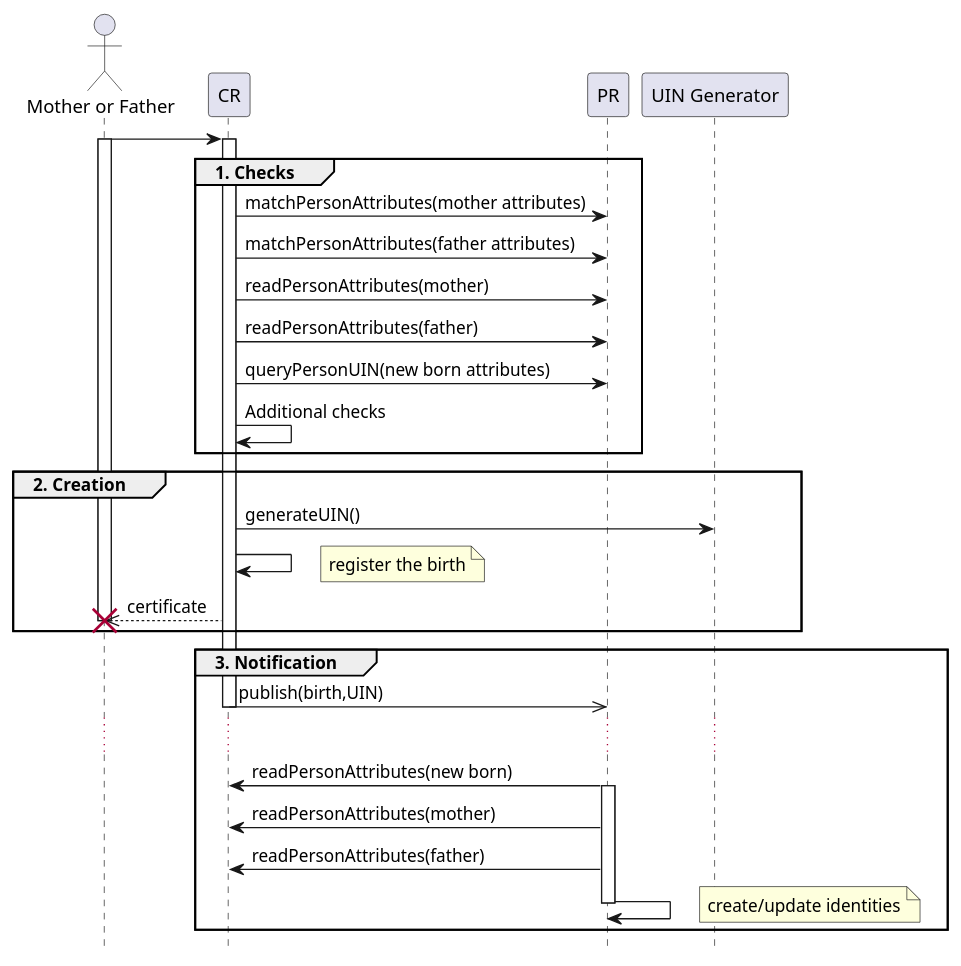
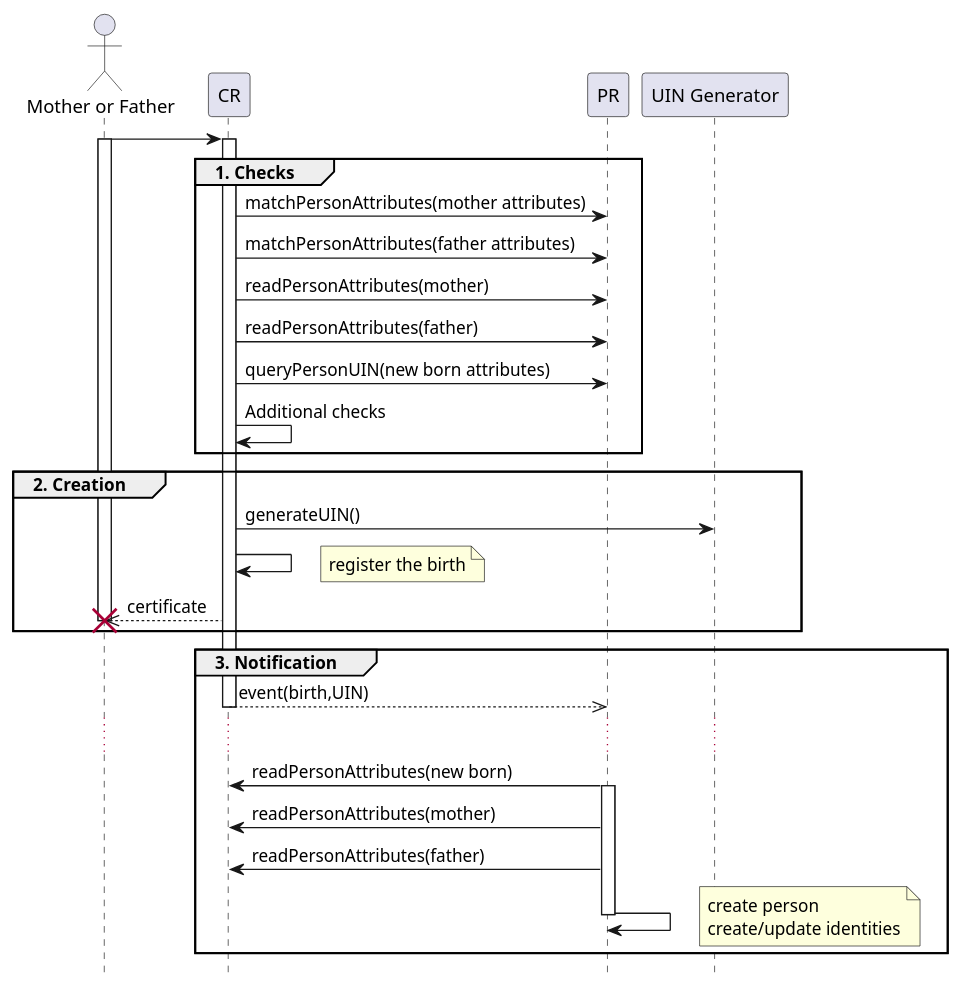
One commit to SecureIdentityAlliance/osia changed the first of 10 diagrams in src/doc/02 - functional.rst. Above: the diagram before and after it, drawn with PlantUML. The commit also changed other lines of this file, not shown here.

Commit message:
Clarify use cases for birth, death, and credentials issuance

```diff
--- a/src/doc/02 - functional.rst
+++ b/src/doc/02 - functional.rst
@@ -245,46 +249,49 @@
 .. uml::
     :caption: Birth Use Case
     :scale: 50%
 
     hide footbox
     actor "Mother or Father" as parent
     participant "CR" as CR
     participant "PR" as PR
     participant "UIN Generator" as UINGen
     
     parent -> CR
     activate parent
     activate CR
     
     group 1. Checks
         CR -> PR: matchPersonAttributes(mother attributes)
         CR -> PR: matchPersonAttributes(father attributes)
         CR -> PR: readPersonAttributes(mother)
         CR -> PR: readPersonAttributes(father)
         CR -> PR: queryPersonUIN(new born attributes)
         CR -> CR: Additional checks
     end
     
     group 2. Creation
         CR -> UINGen: generateUIN()
         CR -> CR
         note right: register the birth
 
         CR -->> parent: certificate
         destroy parent
     end
     
     group 3. Notification
-        CR ->> PR: publish(birth,UIN)
+        CR -->> PR: event(birth,UIN)
         deactivate CR
 
         ...
         
         PR -> CR: readPersonAttributes(new born)
         activate PR
         PR -> CR: readPersonAttributes(mother)
         PR -> CR: readPersonAttributes(father)
         PR -> PR
-        note right: create/update identities
+        note right
+          create person
+          create/update identities
+        end note
         deactivate PR
     end
```
